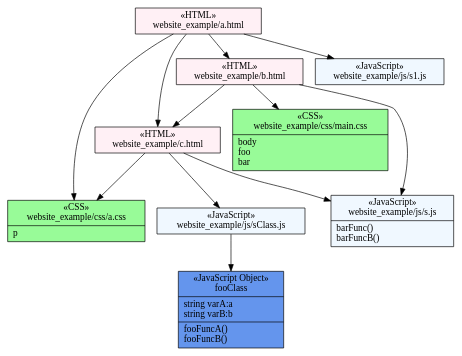
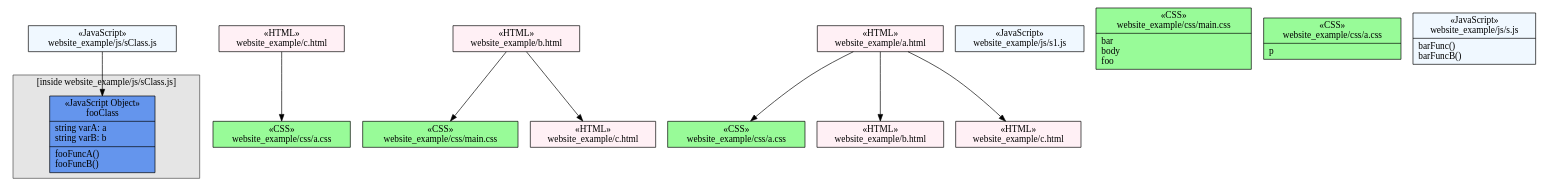
The diagram in example/result/example.dot (bakunin95/wavi), drawn with Graphviz before and after one commit. The commit also changed 11 other files, not shown here.

```diff
--- a/example/result/example.dot
+++ b/example/result/example.dot
@@ -1,25 +1,34 @@
 digraph G {
-	graph [splines=true];
+	graph [splines=true, overlap=prism];
 	node [label="\N"];
-	graph [bb="0,0,765,633"];
-	n3 [label="{&laquo;CSS»\nwebsite_example/css/a.css|p\l}", shape=record, style=filled, fillcolor=palegreen, pos="83.41,387.17", rects="-0.089628,379.67,166.91,417.67 -0.089628,356.67,166.91,379.67", width="2.3125", height="0.86111"];
-	n7 [label="{&laquo;CSS»\nwebsite_example/css/main.css|body\lfoo\lbar\l}", shape=record, style=filled, fillcolor=palegreen, pos="671.78,150.21", rects="578.28,157.71,765.28,195.71 578.28,104.71,765.28,157.71", width="2.5903", height="1.2778"];
-	n0 [label="{&laquo;HTML»\nwebsite_example/a.html}", shape=record, style=filled, fillcolor=lavenderblush, pos="302.5,398.54", rects="228,379.54,377,417.54", width="2.0625", height="0.54167"];
-	n5 [label="{&laquo;HTML»\nwebsite_example/c.html}", shape=record, style=filled, fillcolor=lavenderblush, pos="204.96,189.96", rects="129.96,170.96,279.96,208.96", width="2.0833", height="0.54167"];
-	n1 [label="{&laquo;HTML»\nwebsite_example/b.html}", shape=record, style=filled, fillcolor=lavenderblush, pos="433.01,224.18", rects="357.51,205.18,508.51,243.18", width="2.0903", height="0.54167"];
-	n6 [label="{&laquo;JavaScript»\nwebsite_example/js/s.js|barFunc()\lbarFuncB()\l}", shape=record, style=filled, fillcolor=aliceblue, pos="247.94,257.42", rects="174.44,257.42,321.44,295.42 174.44,219.42,321.44,257.42", width="2.0347", height="1.0694"];
-	n2 [label="{&laquo;JavaScript»\nwebsite_example/js/s1.js}", shape=record, style=filled, fillcolor=aliceblue, pos="361.69,613.59", rects="284.69,594.59,438.69,632.59", width="2.1389", height="0.54167"];
-	n4 [label="{&laquo;JavaScript»\nwebsite_example/js/sClass.js}", shape=record, style=filled, fillcolor=aliceblue, pos="174.35,142.94", rects="85.35,123.94,263.35,161.94", width="2.4722", height="0.54167"];
-	n8 [label="{&laquo;JavaScript Object»\nfooClass|string varA:a\lstring varB:b\l|fooFuncA()\lfooFuncB()\l}", shape=record, style=filled, fillcolor=CornflowerBlue, pos="116.4,57.933", rects="50.901,76.933,181.9,114.93 50.901,38.933,181.9,76.933 50.901,0.93284,181.9,38.933", width="1.8125", height="1.5972"];
-	n0 -> n1 [pos="e,418.68,243.33 316.97,379.22 340.25,348.11 386.12,286.83 412.68,251.34"];
-	n1 -> n5 [pos="e,279.98,201.22 357.39,212.83 335.8,209.59 312.13,206.04 290.02,202.72"];
-	n0 -> n5 [pos="e,175.94,209.15 260.27,379.46 229.34,362.95 189.68,335.83 171.24,298.62 156.25,268.37 155.23,251.83 171.45,218.11"];
-	n0 -> n3 [pos="e,167.26,391.53 227.72,394.66 211.6,393.83 194.36,392.93 177.61,392.06"];
-	n1 -> n7 [pos="e,578.03,179.25 494.5,205.13 517.04,198.15 543.22,190.04 568.43,182.23"];
-	n5 -> n3 [pos="e,94.483,356.41 178.17,208.99 175.69,211.28 173.32,213.71 171.24,216.22 138.22,256.09 112.96,310.41 98.191,347.04"];
-	n0 -> n2 [pos="e,356.44,594.55 307.75,417.63 318.17,455.49 341.51,540.28 353.79,584.89"];
-	n1 -> n6 [pos="e,321.45,244.22 357.47,237.75 348.92,239.28 340.17,240.86 331.53,242.41"];
-	n5 -> n6 [pos="e,223.58,219.19 217.16,209.11 217.48,209.61 217.8,210.11 218.12,210.62"];
-	n5 -> n4 [pos="e,186.89,162.2 192.51,170.83 192.45,170.75 192.39,170.66 192.33,170.57"];
-	n4 -> n8 [pos="e,155.26,114.94 161.2,123.65 161.14,123.57 161.08,123.48 161.02,123.39"];
+	graph [bb="0,0,763,524"];
+	subgraph cluster_6 {
+		graph [style=filled,
+			color=gray28,
+			fillcolor=gray90,
+			label="[inside website_example/js/sClass.js]",
+			bb="361.3,322.7,584.3,476.7"];
+		n20 [label="{&laquo;JavaScript Object»\nfooClass|string varA: a\lstring varB: b\l|fooFuncA()\lfooFuncB()\l}", shape=record, style=filled, fillcolor=CornflowerBlue, pos="472.97,388.36", rects="407.47,407.36,538.47,445.36 407.47,369.36,538.47,407.36 407.47,331.36,538.47,369.36", width="1.8125", height="1.5972"];
+	}
+	n14 [label="{&laquo;CSS»\nwebsite_example/css/a.css}", shape=record, style=filled, fillcolor=palegreen, pos="444.54,19.318", rects="361.04,0.31754,528.04,38.318", width="2.3125", height="0.54167"];
+	n15 [label="{&laquo;CSS»\nwebsite_example/css/main.css}", shape=record, style=filled, fillcolor=palegreen, pos="436,156.64", rects="342.5,137.64,529.5,175.64", width="2.5903", height="0.54167"];
+	n8 [label="{&laquo;CSS»\nwebsite_example/css/a.css}", shape=record, style=filled, fillcolor=palegreen, pos="140.9,132.54", rects="57.403,113.54,224.4,151.54", width="2.3125", height="0.54167"];
+	n5 [label="{&laquo;HTML»\nwebsite_example/b.html}", shape=record, style=filled, fillcolor=lavenderblush, pos="554.07,203.64", rects="478.57,184.64,629.57,222.64", width="2.0903", height="0.54167"];
+	n0 [label="{&laquo;HTML»\nwebsite_example/a.html}", shape=record, style=filled, fillcolor=lavenderblush, pos="231.23,179.54", rects="156.73,160.54,305.73,198.54", width="2.0625", height="0.54167"];
+	n17 [label="{&laquo;HTML»\nwebsite_example/c.html}", shape=record, style=filled, fillcolor=lavenderblush, pos="688.13,152.92", rects="613.13,133.92,763.13,171.92", width="2.0833", height="0.54167"];
+	n9 [label="{&laquo;HTML»\nwebsite_example/b.html}", shape=record, style=filled, fillcolor=lavenderblush, pos="316.96,95.623", rects="241.46,76.623,392.46,114.62", width="2.0903", height="0.54167"];
+	n3 [label="{&laquo;HTML»\nwebsite_example/c.html}", shape=record, style=filled, fillcolor=lavenderblush, pos="481.36,66.318", rects="406.36,47.318,556.36,85.318", width="2.0833", height="0.54167"];
+	n10 [label="{&laquo;HTML»\nwebsite_example/c.html}", shape=record, style=filled, fillcolor=lavenderblush, pos="304.91,277.74", rects="229.91,258.74,379.91,296.74", width="2.0833", height="0.54167"];
+	n4 [label="{&laquo;JavaScript»\nwebsite_example/js/s1.js}", shape=record, style=filled, fillcolor=aliceblue, pos="495.14,266.3", rects="418.14,247.3,572.14,285.3", width="2.1389", height="0.54167"];
+	n6 [label="{&laquo;JavaScript»\nwebsite_example/js/sClass.js}", shape=record, style=filled, fillcolor=aliceblue, pos="554.66,504.2", rects="465.66,485.2,643.66,523.2", width="2.4722", height="0.54167"];
+	n1 [label="{&laquo;CSS»\nwebsite_example/css/main.css|bar\lbody\lfoo\l}", shape=record, style=filled, fillcolor=palegreen, pos="226.14,369.3", rects="132.64,376.8,319.64,414.8 132.64,323.8,319.64,376.8", width="2.5972", height="1.2778"];
+	n7 [label="{&laquo;CSS»\nwebsite_example/css/a.css|p\l}", shape=record, style=filled, fillcolor=palegreen, pos="140.14,50.296", rects="56.645,42.796,223.64,80.796 56.645,19.796,223.64,42.796", width="2.3194", height="0.86111"];
+	n2 [label="{&laquo;JavaScript»\nwebsite_example/js/s.js|barFunc()\lbarFuncB()\l}", shape=record, style=filled, fillcolor=aliceblue, pos="73.145,247.3", rects="-0.35513,247.3,146.64,285.3 -0.35513,209.3,146.64,247.3", width="2.0417", height="1.0694"];
+	n3 -> n14 [pos="e,459.62,38.57 466.38,47.201 466.24,47.023 466.1,46.845 465.96,46.666"];
+	n6 -> n20 [pos="e,513.29,445.54 541.17,485.07 534.97,476.28 527.22,465.28 519.18,453.88"];
+	n5 -> n15 [pos="e,483.98,175.74 506.05,184.53 501.84,182.85 497.56,181.15 493.28,179.45"];
+	n0 -> n8 [pos="e,177.61,151.64 194.49,160.42 191.88,159.06 189.23,157.68 186.58,156.3"];
+	n5 -> n17 [pos="e,637.55,172.06 604.37,184.61 612.09,181.69 620.11,178.65 628.01,175.67"];
+	n0 -> n10 [pos="e,290.63,258.72 245.78,198.94 256.85,213.7 272.23,234.18 284.52,250.57"];
+	n0 -> n9 [pos="e,297.29,114.88 250.68,160.5 262.33,149.1 277.3,134.44 290.07,121.95"];
 }
```
